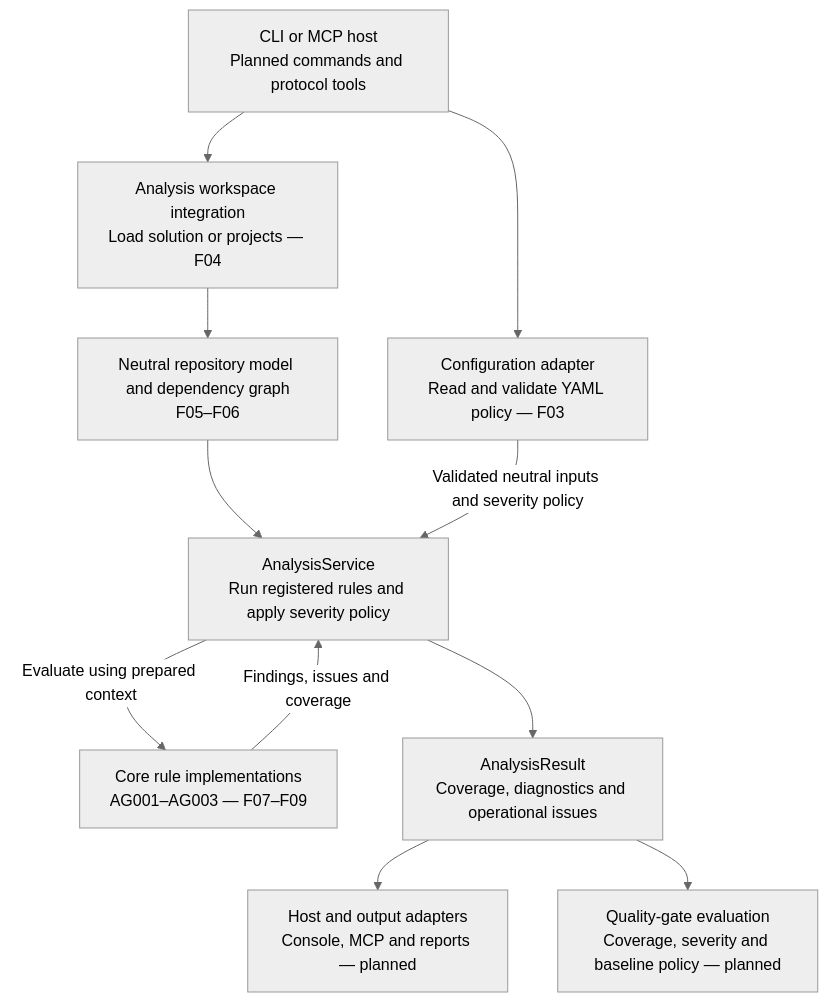
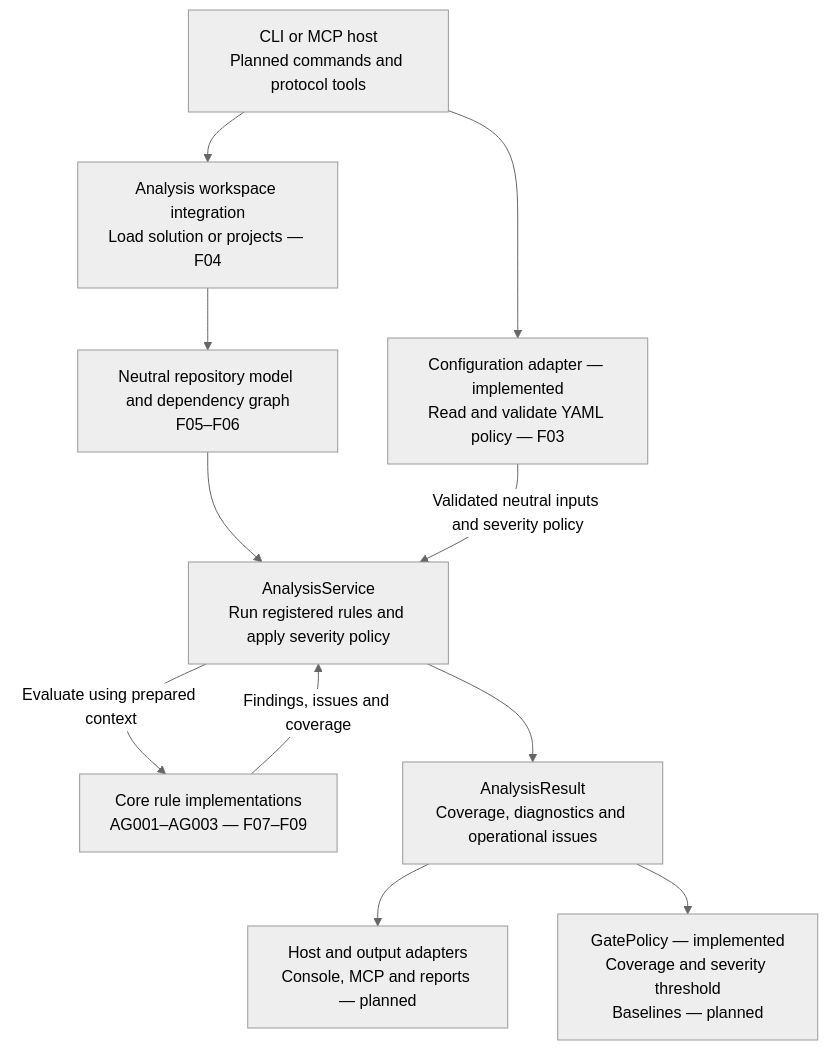
Before and after one commit to kbourzayq/arch-guard: the second of 3 diagrams in docs/architecture/overview.md, drawn with Mermaid (neutral theme). The commit also changed other lines of this file and 76 other files, not shown here.

First line of the commit message:
feat(configuration): implement F03 versioned YAML policy

````diff
--- a/docs/architecture/overview.md
+++ b/docs/architecture/overview.md
@@ -80,23 +116,23 @@
 ```mermaid
 flowchart TD
     Host["CLI or MCP host<br/>Planned commands and protocol tools"]
-    Configuration["Configuration adapter<br/>Read and validate YAML policy — F03"]
+    Configuration["Configuration adapter — implemented<br/>Read and validate YAML policy — F03"]
     Workspace["Analysis workspace integration<br/>Load solution or projects — F04"]
     Context["Neutral repository model and dependency graph<br/>F05–F06"]
     Service["AnalysisService<br/>Run registered rules and apply severity policy"]
     Rules["Core rule implementations<br/>AG001–AG003 — F07–F09"]
     Result["AnalysisResult<br/>Coverage, diagnostics and operational issues"]
     Output["Host and output adapters<br/>Console, MCP and reports — planned"]
-    Gate["Quality-gate evaluation<br/>Coverage, severity and baseline policy — planned"]
+    Gate["GatePolicy — implemented<br/>Coverage and severity threshold<br/>Baselines — planned"]
 
     Host --> Configuration
     Host --> Workspace
     Workspace --> Context
     Context --> Service
     Configuration -->|"Validated neutral inputs and severity policy"| Service
     Service -->|"Evaluate using prepared context"| Rules
     Rules -->|"Findings, issues and coverage"| Service
     Service --> Result
     Result --> Output
     Result --> Gate
 ```
````
